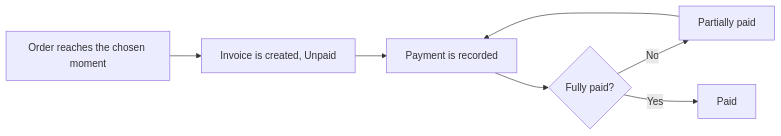
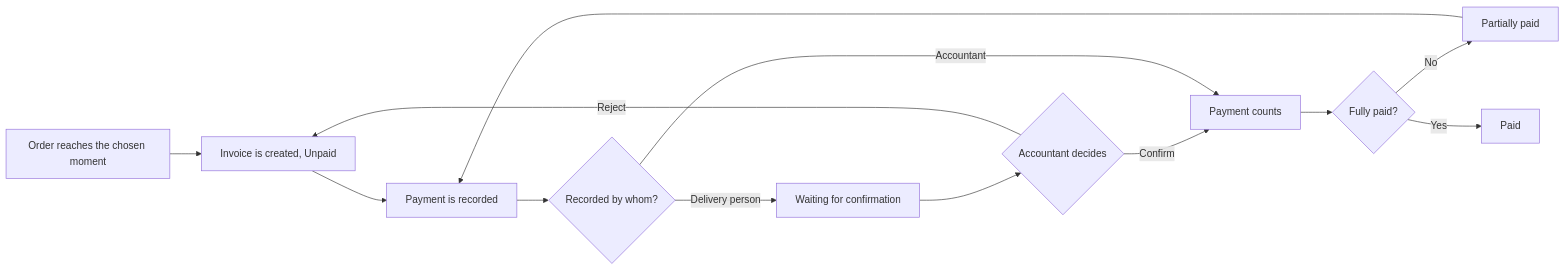
One commit to AhmedElnagarUU/Cosmo changed the diagram in docs/sub-plans/07-invoices-and-payments.md. Above: the diagram before and after it, drawn with Mermaid. The commit also changed other lines of this file and 33 other files, not shown here.

First line of the commit message:
Update plan: manual order acceptance, new roles, payment confirmation

````diff
--- a/docs/sub-plans/07-invoices-and-payments.md
+++ b/docs/sub-plans/07-invoices-and-payments.md
@@ -45,9 +49,15 @@
 ```mermaid
 flowchart LR
     A[Order reaches the chosen moment] --> B[Invoice is created, Unpaid]
     B --> C[Payment is recorded]
-    C --> D{Fully paid?}
-    D -- No --> E[Partially paid]
-    E --> C
-    D -- Yes --> F[Paid]
+    C --> D{Recorded by whom?}
+    D -- Delivery person --> E[Waiting for confirmation]
+    E --> F{Accountant decides}
+    F -- Reject --> B
+    F -- Confirm --> G[Payment counts]
+    D -- Accountant --> G
+    G --> H{Fully paid?}
+    H -- No --> I[Partially paid]
+    I --> C
+    H -- Yes --> J[Paid]
 ```
````
